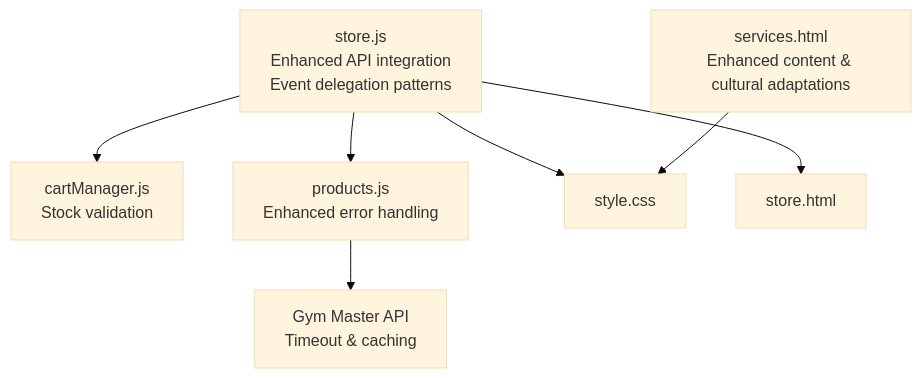
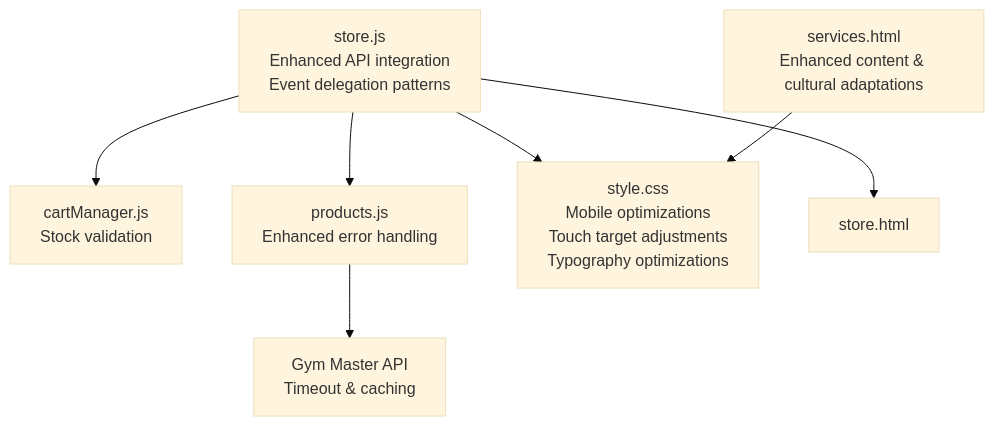
One commit to SirD33k/activezone changed the sixth of 6 diagrams in .qoder/repowiki/en/content/Frontend Architecture/Store Frontend Interface.md. Above: the diagram before and after it, drawn with Mermaid (base theme). The commit also changed other lines of this file and 7 other files, not shown here.

````diff
--- a/.qoder/repowiki/en/content/Frontend Architecture/Store Frontend Interface.md
+++ b/.qoder/repowiki/en/content/Frontend Architecture/Store Frontend Interface.md
@@ -379,9 +388,9 @@
 ```mermaid
 graph TB
 STOREJS["store.js<br/>Enhanced API integration<br/>Event delegation patterns"] --> CARTMANAGER["cartManager.js<br/>Stock validation"]
 STOREJS --> ROUTES["products.js<br/>Enhanced error handling"]
 ROUTES --> API["Gym Master API<br/>Timeout & caching"]
-STOREJS --> CSS["style.css"]
+STOREJS --> CSS["style.css<br/>Mobile optimizations<br/>Touch target adjustments<br/>Typography optimizations"]
 STOREJS --> HTML["store.html"]
 SERVICES["services.html<br/>Enhanced content & cultural adaptations"] --> CSS
 ```
````
